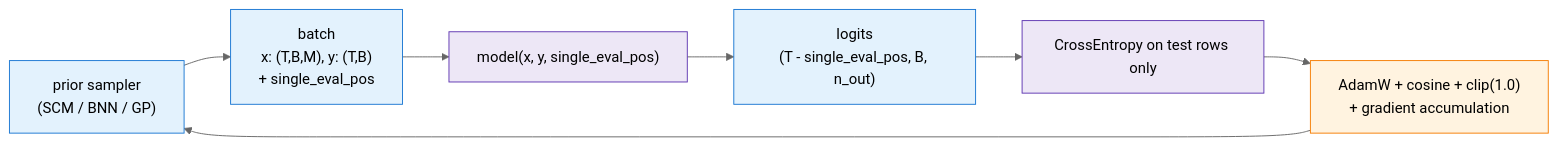
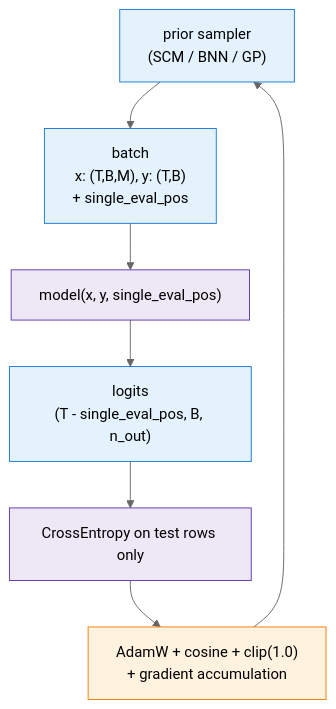
One commit to xiaohan2012/ml-reading changed the second of 3 diagrams in wiki/pages/tabpfn-v1-code.md. Above: the diagram before and after it, drawn with Mermaid (neutral theme). The commit also changed other lines of this file, not shown here.

````diff
--- a/wiki/pages/tabpfn-v1-code.md
+++ b/wiki/pages/tabpfn-v1-code.md
@@ -231,16 +303,16 @@
 ```mermaid
-flowchart LR
+flowchart TD
     Prior["prior sampler<br/>(SCM / BNN / GP)"] --> Batch["batch<br/>x: (T,B,M), y: (T,B)<br/>+ single_eval_pos"]
     Batch --> FWD["model(x, y, single_eval_pos)"]
     FWD --> Logits["logits<br/>(T - single_eval_pos, B, n_out)"]
     Logits --> Loss["CrossEntropy on test rows only"]
     Loss --> Grad["AdamW + cosine + clip(1.0)<br/>+ gradient accumulation"]
     Grad --> Prior
 
     classDef data fill:#e3f2fd,stroke:#1976d2;
     classDef model fill:#ede7f6,stroke:#5e35b1;
     classDef opt fill:#fff3e0,stroke:#f57c00;
     class Prior,Batch,Logits data;
     class FWD,Loss model;
     class Grad opt;
 ```
````
